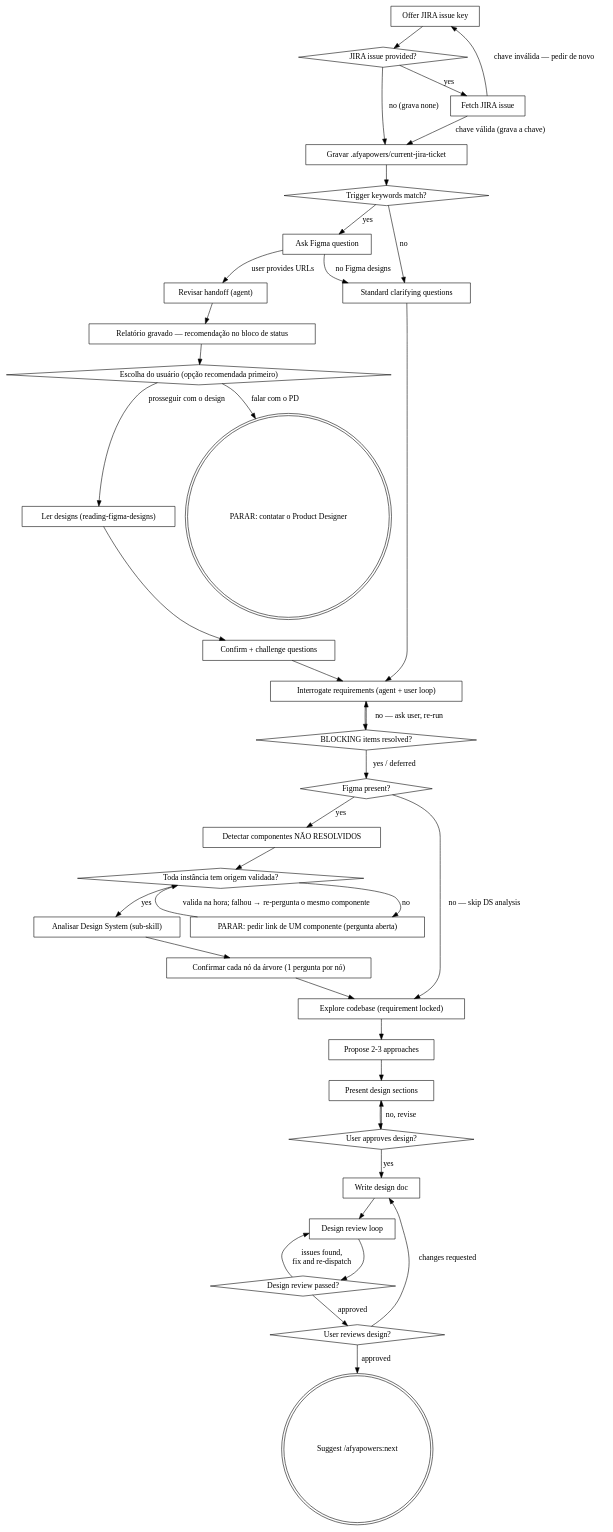
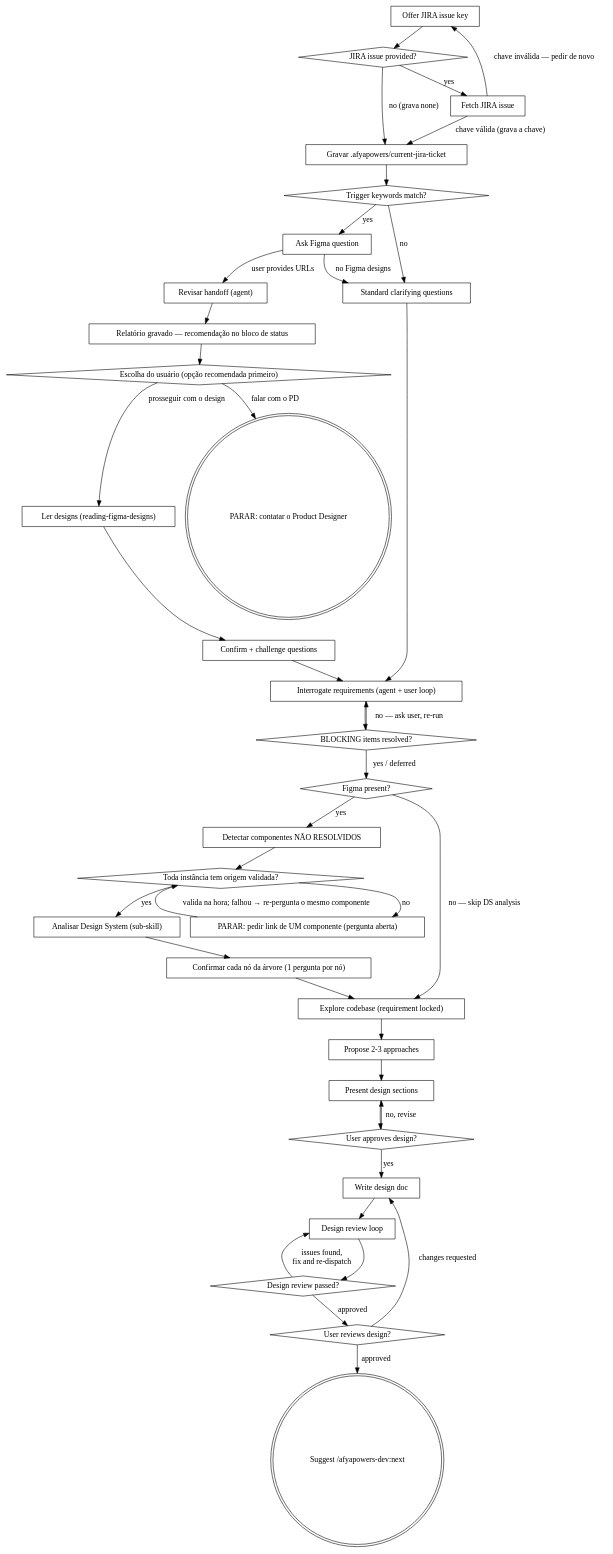
One commit to iclinic/afyapowers changed the diagram in dist/claude/skills/design/SKILL.md. Above: the diagram before and after it, drawn with Graphviz. The commit also changed other lines of this file and 132 other files, not shown here.

````diff
--- a/dist/claude/skills/design/SKILL.md
+++ b/dist/claude/skills/design/SKILL.md
@@ -62,74 +62,74 @@
 ```dot
 digraph design {
     "Offer JIRA issue key" [shape=box];
     "JIRA issue provided?" [shape=diamond];
     "Fetch JIRA issue" [shape=box];
     "Gravar .afyapowers/current-jira-ticket" [shape=box];
     "Trigger keywords match?" [shape=diamond];
     "Ask Figma question" [shape=box];
     "Revisar handoff (agent)" [shape=box];
     "Relatório gravado — recomendação no bloco de status" [shape=box];
     "Escolha do usuário (opção recomendada primeiro)" [shape=diamond];
     "PARAR: contatar o Product Designer" [shape=doublecircle];
     "Ler designs (reading-figma-designs)" [shape=box];
     "Confirm + challenge questions" [shape=box];
     "Standard clarifying questions" [shape=box];
     "Interrogate requirements (agent + user loop)" [shape=box];
     "BLOCKING items resolved?" [shape=diamond];
     "Figma present?" [shape=diamond];
     "Detectar componentes NÃO RESOLVIDOS" [shape=box];
     "Toda instância tem origem validada?" [shape=diamond];
     "PARAR: pedir link de UM componente (pergunta aberta)" [shape=box];
     "Analisar Design System (sub-skill)" [shape=box];
     "Confirmar cada nó da árvore (1 pergunta por nó)" [shape=box];
     "Explore codebase (requirement locked)" [shape=box];
     "Propose 2-3 approaches" [shape=box];
     "Present design sections" [shape=box];
     "User approves design?" [shape=diamond];
     "Write design doc" [shape=box];
     "Design review loop" [shape=box];
     "Design review passed?" [shape=diamond];
     "User reviews design?" [shape=diamond];
-    "Suggest /afyapowers:next" [shape=doublecircle];
+    "Suggest /afyapowers-dev:next" [shape=doublecircle];
 
     "Offer JIRA issue key" -> "JIRA issue provided?";
     "JIRA issue provided?" -> "Fetch JIRA issue" [label="yes"];
     "JIRA issue provided?" -> "Gravar .afyapowers/current-jira-ticket" [label="no (grava none)"];
     "Fetch JIRA issue" -> "Gravar .afyapowers/current-jira-ticket" [label="chave válida (grava a chave)"];
     "Fetch JIRA issue" -> "Offer JIRA issue key" [label="chave inválida — pedir de novo"];
     "Gravar .afyapowers/current-jira-ticket" -> "Trigger keywords match?";
     "Trigger keywords match?" -> "Ask Figma question" [label="yes"];
     "Trigger keywords match?" -> "Standard clarifying questions" [label="no"];
     "Ask Figma question" -> "Revisar handoff (agent)" [label="user provides URLs"];
     "Ask Figma question" -> "Standard clarifying questions" [label="no Figma designs"];
     "Revisar handoff (agent)" -> "Relatório gravado — recomendação no bloco de status";
     "Relatório gravado — recomendação no bloco de status" -> "Escolha do usuário (opção recomendada primeiro)";
     "Escolha do usuário (opção recomendada primeiro)" -> "PARAR: contatar o Product Designer" [label="falar com o PD"];
     "Escolha do usuário (opção recomendada primeiro)" -> "Ler designs (reading-figma-designs)" [label="prosseguir com o design"];
     "Ler designs (reading-figma-designs)" -> "Confirm + challenge questions";
     "Confirm + challenge questions" -> "Interrogate requirements (agent + user loop)";
     "Standard clarifying questions" -> "Interrogate requirements (agent + user loop)";
     "Interrogate requirements (agent + user loop)" -> "BLOCKING items resolved?";
     "BLOCKING items resolved?" -> "Interrogate requirements (agent + user loop)" [label="no — ask user, re-run"];
     "BLOCKING items resolved?" -> "Figma present?" [label="yes / deferred"];
     "Figma present?" -> "Detectar componentes NÃO RESOLVIDOS" [label="yes"];
     "Figma present?" -> "Explore codebase (requirement locked)" [label="no — skip DS analysis"];
     "Detectar componentes NÃO RESOLVIDOS" -> "Toda instância tem origem validada?";
     "Toda instância tem origem validada?" -> "PARAR: pedir link de UM componente (pergunta aberta)" [label="no"];
     "PARAR: pedir link de UM componente (pergunta aberta)" -> "Toda instância tem origem validada?" [label="valida na hora; falhou → re-pergunta o mesmo componente"];
     "Toda instância tem origem validada?" -> "Analisar Design System (sub-skill)" [label="yes"];
     "Analisar Design System (sub-skill)" -> "Confirmar cada nó da árvore (1 pergunta por nó)";
     "Confirmar cada nó da árvore (1 pergunta por nó)" -> "Explore codebase (requirement locked)";
     "Explore codebase (requirement locked)" -> "Propose 2-3 approaches";
     "Propose 2-3 approaches" -> "Present design sections";
     "Present design sections" -> "User approves design?";
     "User approves design?" -> "Present design sections" [label="no, revise"];
     "User approves design?" -> "Write design doc" [label="yes"];
     "Write design doc" -> "Design review loop";
     "Design review loop" -> "Design review passed?";
     "Design review passed?" -> "Design review loop" [label="issues found,\nfix and re-dispatch"];
     "Design review passed?" -> "User reviews design?" [label="approved"];
     "User reviews design?" -> "Write design doc" [label="changes requested"];
-    "User reviews design?" -> "Suggest /afyapowers:next" [label="approved"];
+    "User reviews design?" -> "Suggest /afyapowers-dev:next" [label="approved"];
 }
 ```
````
